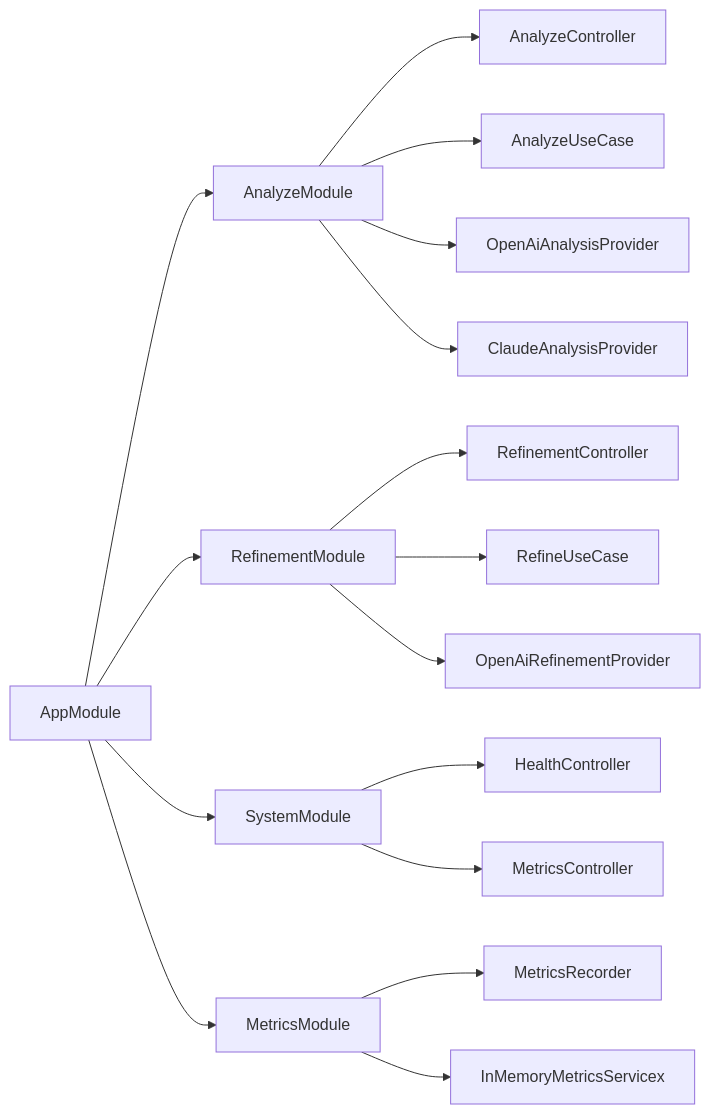
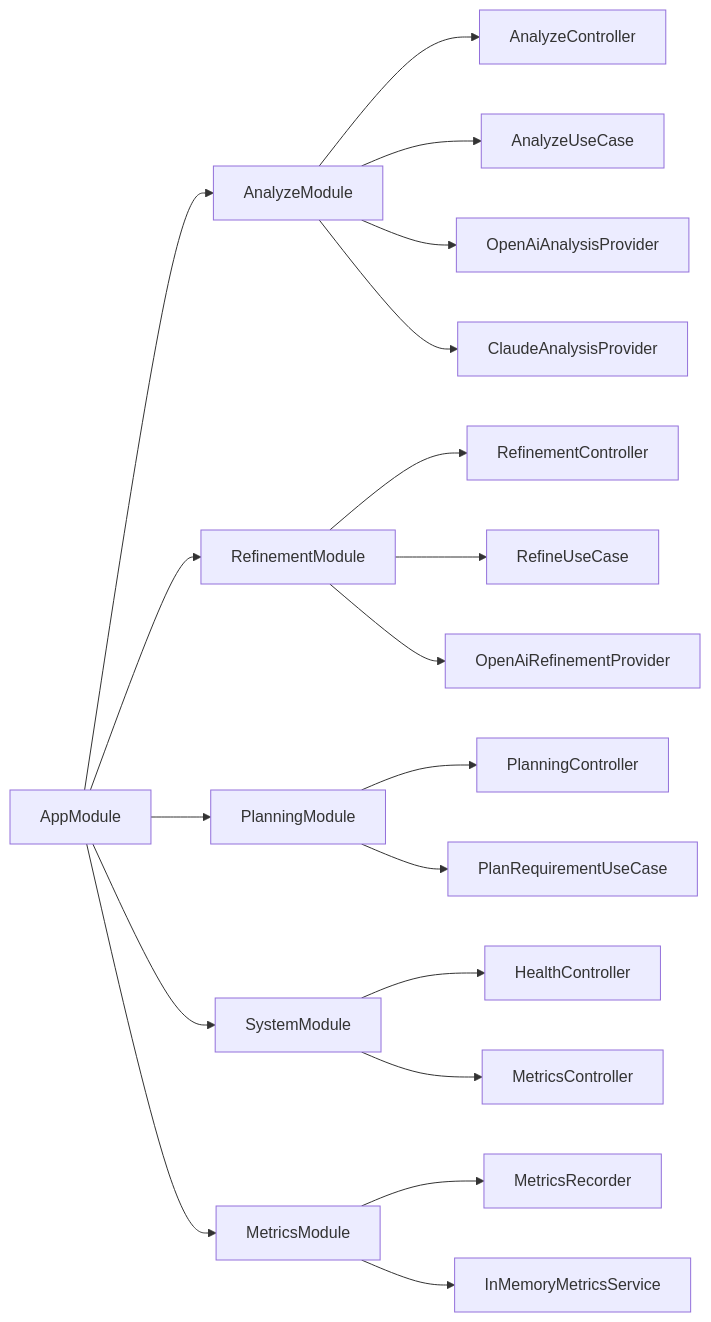
One commit to gustavoarielms/ai-orchestrator changed the diagram in docs/diagrams/module-diagram.md. Above: the diagram before and after it, drawn with Mermaid. The commit also changed 7 other files, not shown here.

First line of the commit message:
docs: add orchestration flow and align documentation with planning module

````diff
--- a/docs/diagrams/module-diagram.md
+++ b/docs/diagrams/module-diagram.md
@@ -3,22 +3,26 @@
 ```mermaid
 flowchart LR
     AppModule --> AnalyzeModule
     AppModule --> RefinementModule
+    AppModule --> PlanningModule
     AppModule --> SystemModule
     AppModule --> MetricsModule
 
     AnalyzeModule --> AnalyzeController
     AnalyzeModule --> AnalyzeUseCase
     AnalyzeModule --> OpenAiAnalysisProvider
     AnalyzeModule --> ClaudeAnalysisProvider
 
     RefinementModule --> RefinementController
     RefinementModule --> RefineUseCase
     RefinementModule --> OpenAiRefinementProvider
 
+    PlanningModule --> PlanningController
+    PlanningModule --> PlanRequirementUseCase
+
     SystemModule --> HealthController
     SystemModule --> MetricsController
 
     MetricsModule --> MetricsRecorder
-    MetricsModule --> InMemoryMetricsServicex
+    MetricsModule --> InMemoryMetricsService
 ```
````
